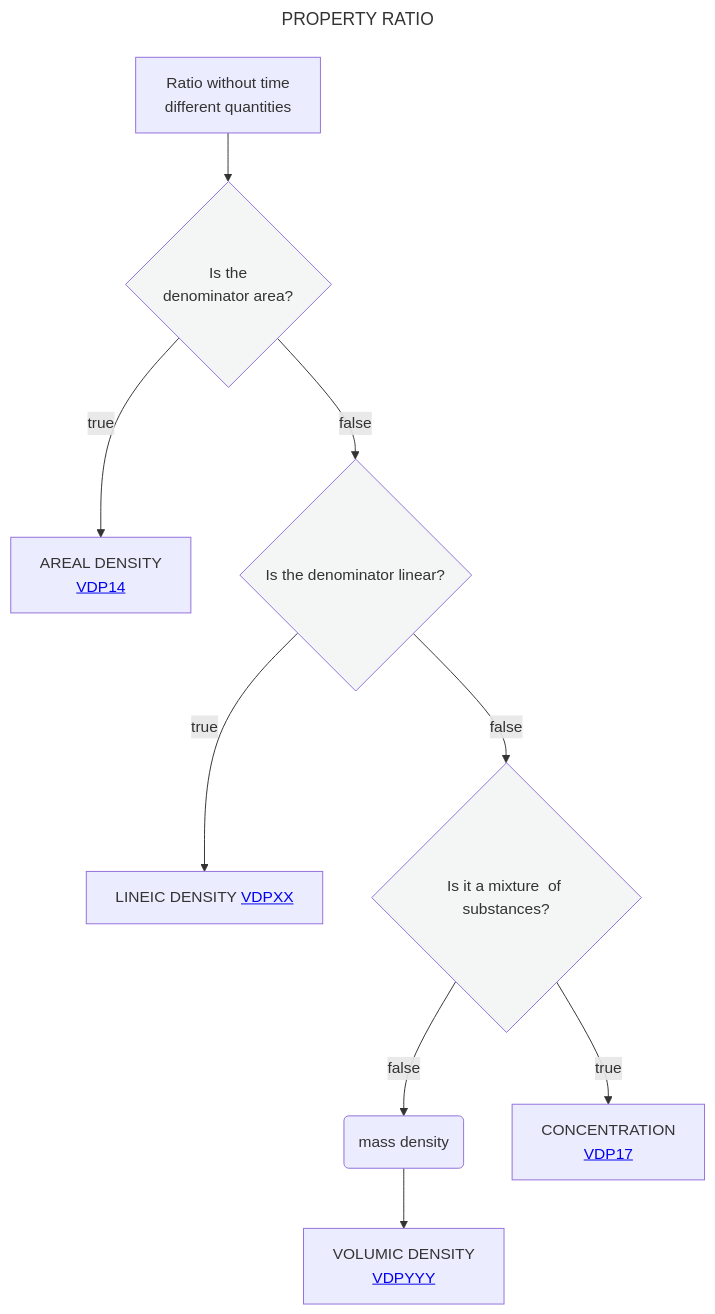
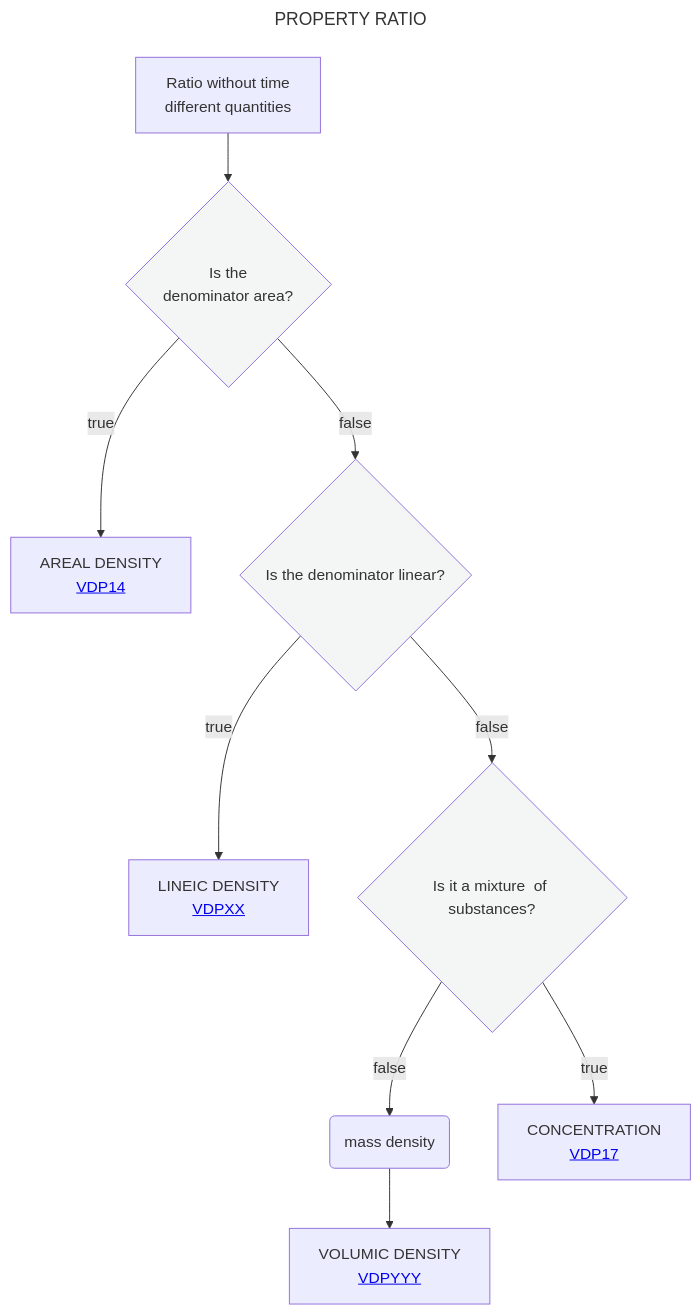
Before and after one commit to mabablue/I-ADOPT-patterns-playground: the diagram in Decisition_trees/DT4.mmd, drawn with Mermaid.

```diff
--- a/Decisition_trees/DT4.mmd
+++ b/Decisition_trees/DT4.mmd
@@ -1,16 +1,16 @@
 ---
 title: PROPERTY RATIO
 ---
 flowchart TD
     A[Ratio without time <br> different quantities] --> B{Is the <br> denominator area?}:::white
     B --> |true|C[AREAL DENSITY <br> <a href='https://github.com/mabablue/I-ADOPT-patterns-playground/blob/main/pattern/VDP14.yaml'>VDP14</a>]
     B --> |false|DE{Is the denominator linear?}:::white
-    DE --> |true|N[LINEIC DENSITY <a href='https://github.com/mabablue/I-ADOPT-patterns-playground/blob/main/pattern/VDPXX.yaml'>VDPXX</a>]
+    DE --> |true|N[LINEIC DENSITY <br> <a href='https://github.com/mabablue/I-ADOPT-patterns-playground/blob/main/pattern/VDPXX.yaml'>VDPXX</a>]
     DE --> |false|E{Is it a mixture <be> of substances?}:::white
     E --> |false|F(mass density)
     F --> G[VOLUMIC DENSITY <br> <a href='https://github.com/mabablue/I-ADOPT-patterns-playground/blob/main/pattern/VDP20.yaml'>VDPYYY</a>]
     E--> |true|H[CONCENTRATION <br> <a href='https://github.com/mabablue/I-ADOPT-patterns-playground/blob/main/pattern/VDP17.yaml'>VDP17</a>]
    classDef blue fill:#90D5FF
    classDef satblue fill:#57B9FF 
    classDef white fill:#f3f6f4
    classDef green fill:#6aa84f
```
